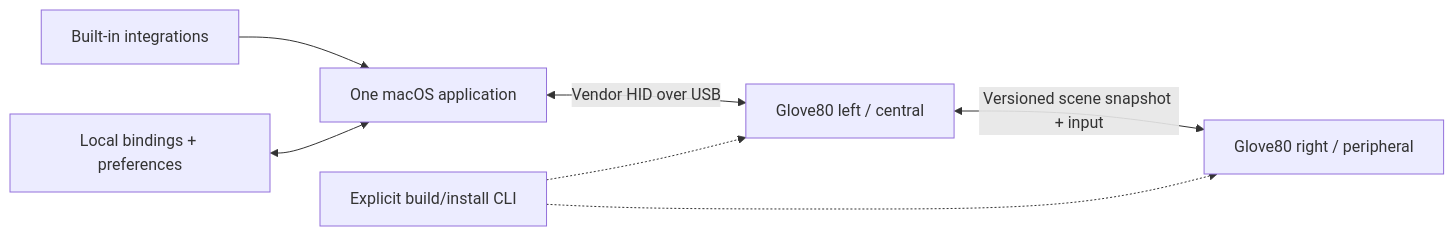
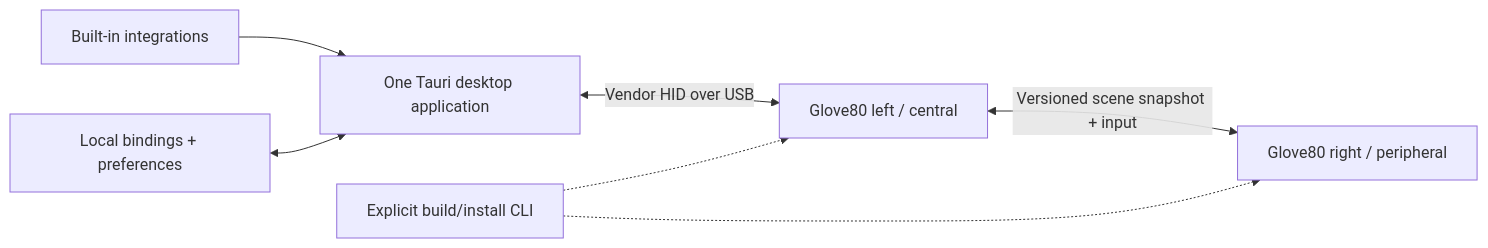
The diagram in docs/architecture.md (ralfboltshauser/glove80-control-surface), drawn with Mermaid before and after one commit. The commit also changed other lines of this file and 59 other files, not shown here.

````diff
--- a/docs/architecture.md
+++ b/docs/architecture.md
@@ -5,9 +5,9 @@
 ```mermaid
 flowchart LR
-    Integrations["Built-in integrations"] --> App["One macOS application"]
+    Integrations["Built-in integrations"] --> App["One Tauri desktop application"]
     Config["Local bindings + preferences"] <--> App
     App <-->|"Vendor HID over USB"| Central["Glove80 left / central"]
     Central <-->|"Versioned scene snapshot + input"| Peripheral["Glove80 right / peripheral"]
     Build["Explicit build/install CLI"] -.-> Central
     Build -.-> Peripheral
 ```
````
